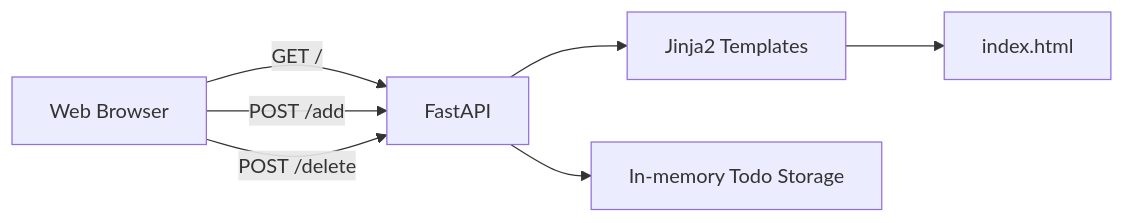
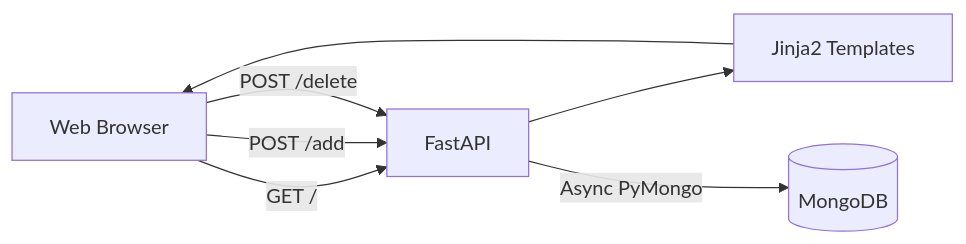
The first of 5 diagrams in README.md (JakubSx01/Todo_DevOps_project), drawn with Mermaid before and after one commit. The commit also changed other lines of this file, not shown here.

````diff
--- a/README.md
+++ b/README.md
@@ -93,14 +79,14 @@
 ```mermaid
 flowchart LR
+    USER[Web Browser]
+    APP[FastAPI]
+    JINJA[Jinja2 Templates]
+    MONGO[(MongoDB)]
 
-    User[Web Browser]
-
-    User -->|GET /| API[FastAPI]
-    User -->|POST /add| API
-    User -->|POST /delete| API
-
-    API --> Jinja[Jinja2 Templates]
-    API --> Todos[In-memory Todo Storage]
-
-    Jinja --> HTML[index.html]
+    USER -->|GET /| APP
+    USER -->|POST /add| APP
+    USER -->|POST /delete| APP
+    APP --> JINJA
+    APP -->|Async PyMongo| MONGO
+    JINJA --> USER
 ```
````
